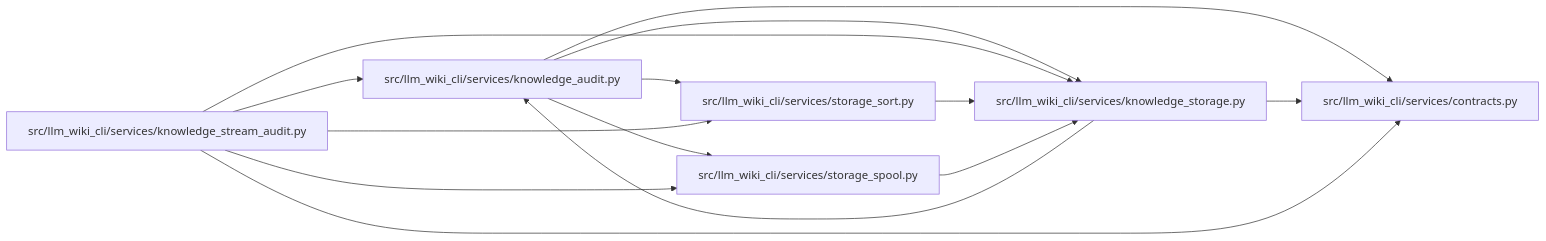
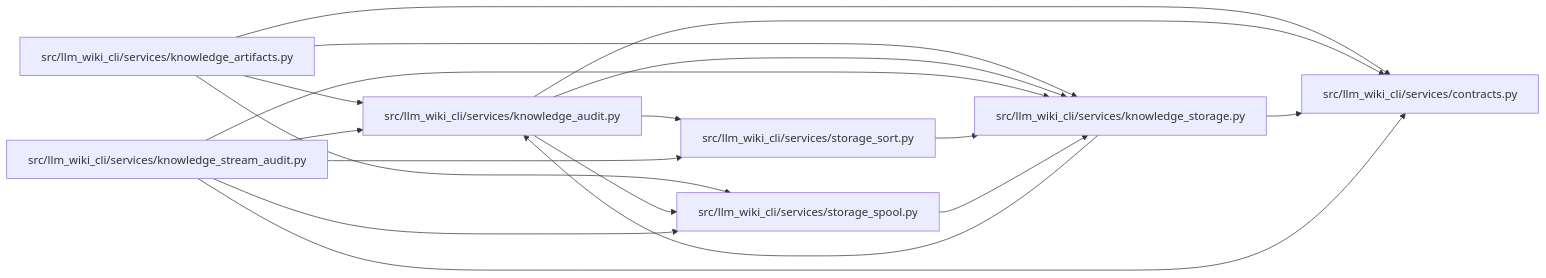
Before and after one commit to Denissvgn/python-wiki-llm: the diagram in docs/llm_wiki/modules/knowledge_audit.md, drawn with Mermaid. The commit also changed other lines of this file and 627 other files, not shown here.

````diff
--- a/docs/llm_wiki/modules/knowledge_audit.md
+++ b/docs/llm_wiki/modules/knowledge_audit.md
@@ -26,28 +26,34 @@
 ```mermaid
 flowchart LR
     n0["src/llm_wiki_cli/services/contracts.py"]
-    n1["src/llm_wiki_cli/services/knowledge_audit.py"]
-    n2["src/llm_wiki_cli/services/knowledge_storage.py"]
-    n3["src/llm_wiki_cli/services/knowledge_stream_audit.py"]
-    n4["src/llm_wiki_cli/services/storage_sort.py"]
-    n5["src/llm_wiki_cli/services/storage_spool.py"]
+    n1["src/llm_wiki_cli/services/knowledge_artifacts.py"]
+    n2["src/llm_wiki_cli/services/knowledge_audit.py"]
+    n3["src/llm_wiki_cli/services/knowledge_storage.py"]
+    n4["src/llm_wiki_cli/services/knowledge_stream_audit.py"]
+    n5["src/llm_wiki_cli/services/storage_sort.py"]
+    n6["src/llm_wiki_cli/services/storage_spool.py"]
     n1 --> n0
     n1 --> n2
-    n1 --> n4
-    n1 --> n5
+    n1 --> n3
+    n1 --> n6
     n2 --> n0
-    n2 --> n1
+    n2 --> n3
+    n2 --> n5
+    n2 --> n6
     n3 --> n0
-    n3 --> n1
     n3 --> n2
-    n3 --> n4
-    n3 --> n5
+    n4 --> n0
     n4 --> n2
-    n5 --> n2
+    n4 --> n3
+    n4 --> n5
+    n4 --> n6
+    n5 --> n3
+    n6 --> n3
     click n0 "../modules/services_contracts.md"
-    click n1 "../modules/knowledge_audit.md"
-    click n2 "../modules/knowledge_storage.md"
-    click n3 "../modules/knowledge_stream_audit.md"
-    click n4 "../modules/storage_sort.md"
-    click n5 "../modules/storage_spool.md"
+    click n1 "../modules/knowledge_artifacts.md"
+    click n2 "../modules/knowledge_audit.md"
+    click n3 "../modules/knowledge_storage.md"
+    click n4 "../modules/knowledge_stream_audit.md"
+    click n5 "../modules/storage_sort.md"
+    click n6 "../modules/storage_spool.md"
 ```
````
